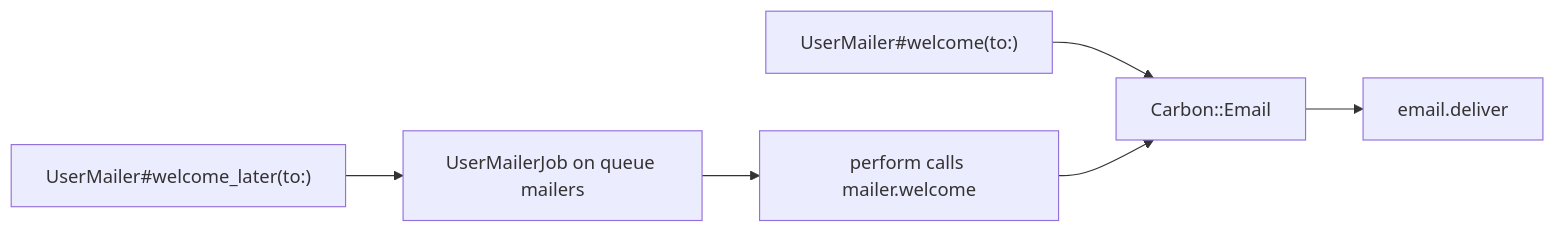
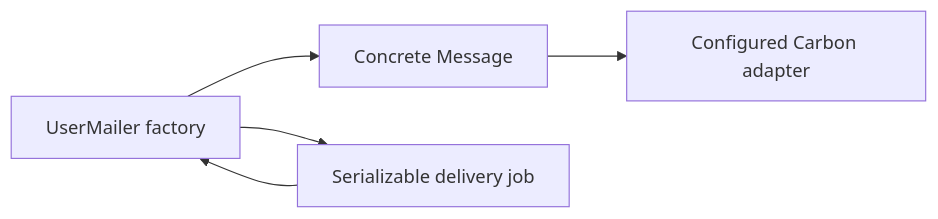
The diagram in docs/generators/mailer.md (azutoolkit/azu_cli), drawn with Mermaid before and after one commit. The commit also changed other lines of this file and 162 other files, not shown here.

````diff
--- a/docs/generators/mailer.md
+++ b/docs/generators/mailer.md
@@ -13,8 +13,7 @@
 ```mermaid
 flowchart LR
-  A["UserMailer#welcome(to:)"] --> B["Carbon::Email"]
-  C["UserMailer#welcome_later(to:)"] --> D["UserMailerJob on queue mailers"]
-  D --> E["perform calls mailer.welcome"]
-  E --> B
-  B --> F["email.deliver"]
+  A[UserMailer factory] --> B[Concrete Message]
+  B --> C[Configured Carbon adapter]
+  A --> D[Serializable delivery job]
+  D --> A
 ```
````
